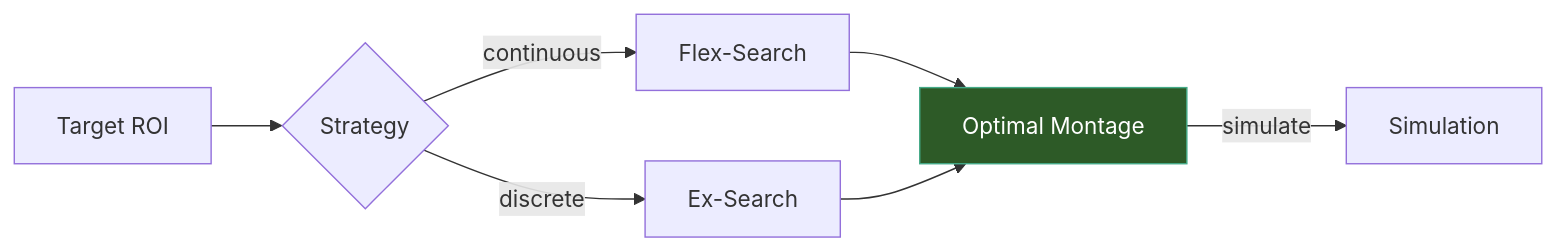
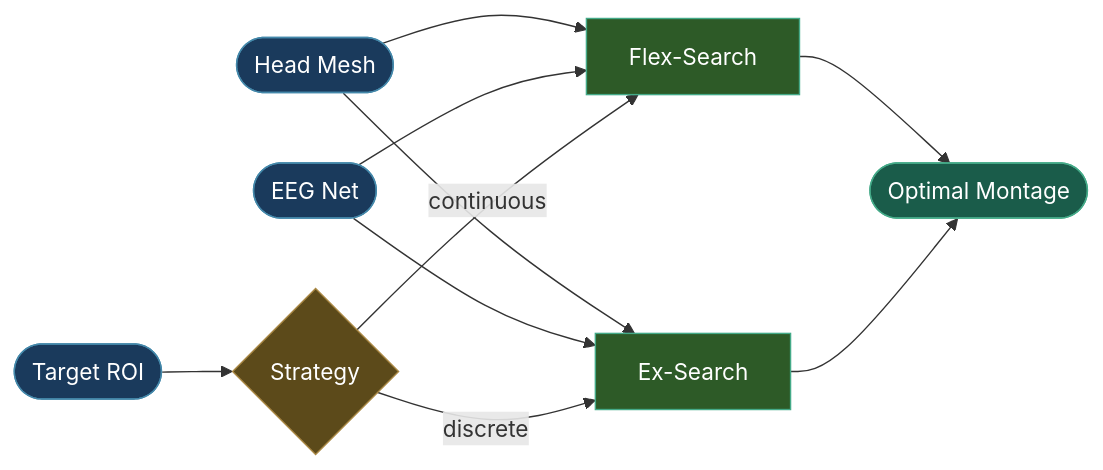
One commit to idossha/TI-Toolbox changed the diagram in docs/api_mkdocs/docs/pipeline/optimization.md. Above: the diagram before and after it, drawn with Mermaid. The commit also changed 9 other files, not shown here.

First line of the commit message:
docs: standardize mermaid diagram color scheme, shapes, and I/O logic (#86)

````diff
--- a/docs/api_mkdocs/docs/pipeline/optimization.md
+++ b/docs/api_mkdocs/docs/pipeline/optimization.md
@@ -5,10 +5,19 @@
 ```mermaid
 graph LR
-    ROI[Target ROI] --> OPT{Strategy}
+    ROI([Target ROI]) --> OPT{Strategy}
+    MESH([Head Mesh]) --> FLEX
+    MESH --> EX
+    NET([EEG Net]) --> FLEX
+    NET --> EX
     OPT -->|continuous| FLEX[Flex-Search]
     OPT -->|discrete| EX[Ex-Search]
-    FLEX --> RESULT[Optimal Montage]
+    FLEX --> RESULT([Optimal Montage])
     EX --> RESULT
-    RESULT -->|simulate| SIM[Simulation]
-    style RESULT fill:#2d5a27,stroke:#4a8,color:#fff
+    style ROI fill:#1a3a5c,stroke:#48a,color:#fff
+    style MESH fill:#1a3a5c,stroke:#48a,color:#fff
+    style NET fill:#1a3a5c,stroke:#48a,color:#fff
+    style OPT fill:#5c4a1a,stroke:#a84,color:#fff
+    style FLEX fill:#2d5a27,stroke:#4a8,color:#fff
+    style EX fill:#2d5a27,stroke:#4a8,color:#fff
+    style RESULT fill:#1a5c4a,stroke:#4a8,color:#fff
 ```
````
